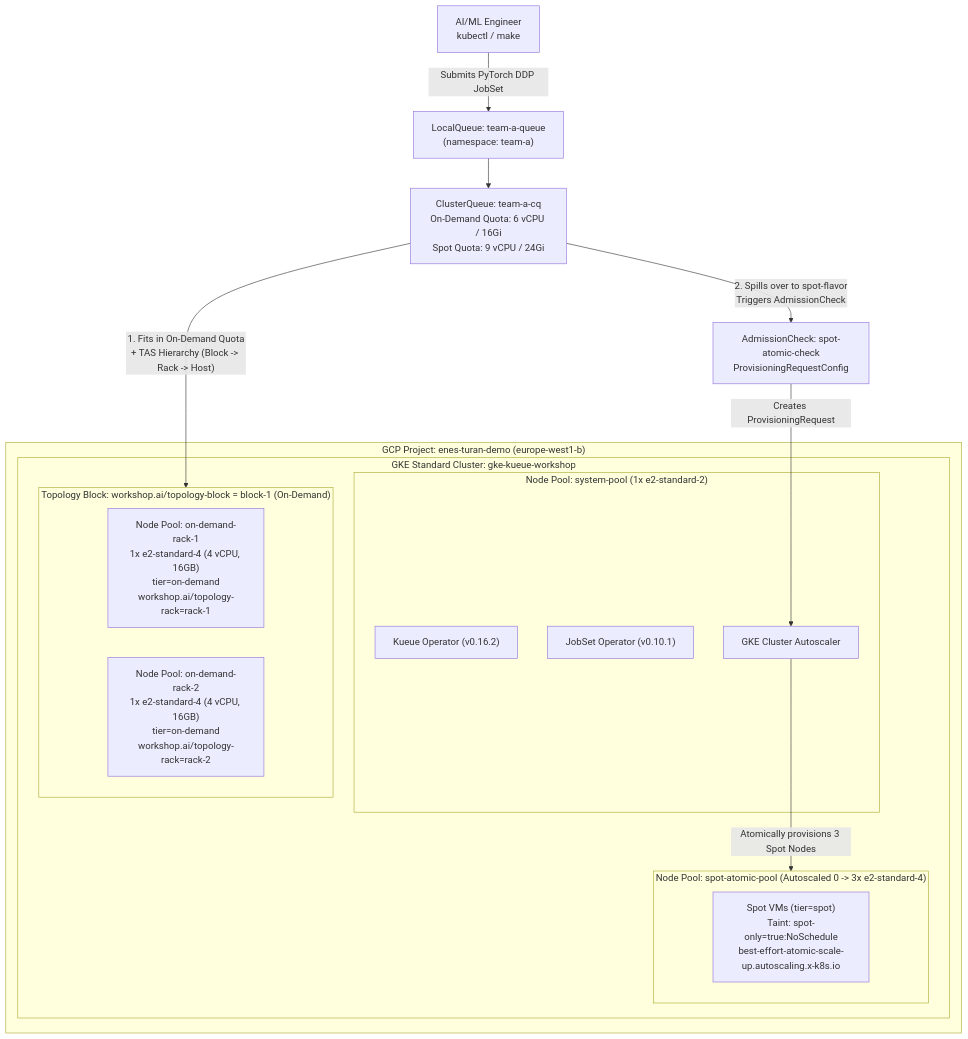
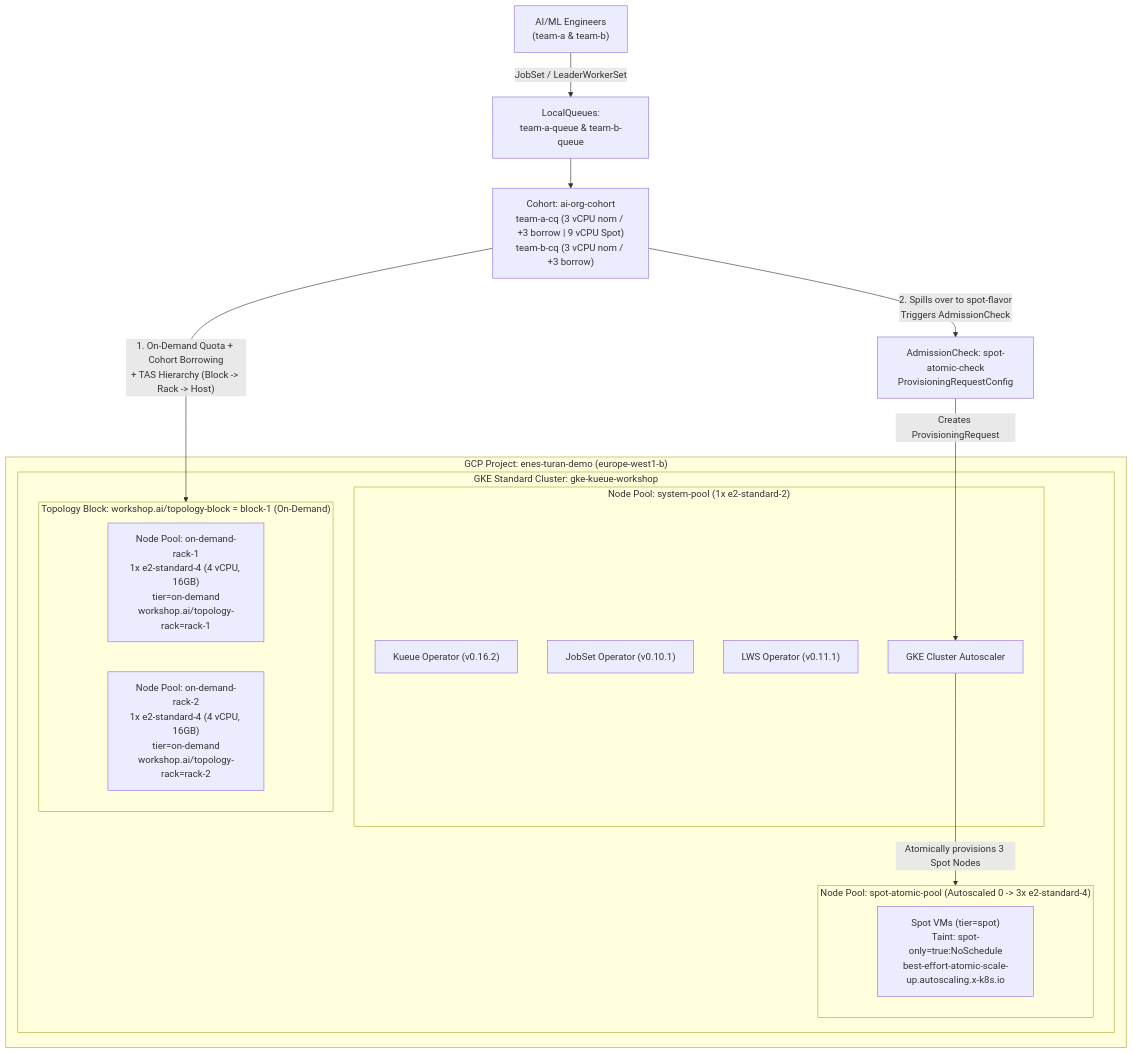
One commit to devenes/gke-kueue-ai-workshop changed the diagram in README.md. Above: the diagram before and after it, drawn with Mermaid. The commit also changed other lines of this file and 5 other files, not shown here.

First line of the commit message:
docs: document multi-team cohort reclamation and LeaderWorkerSet cross-PodSet TAS labs

````diff
--- a/README.md
+++ b/README.md
@@ -34,28 +34,29 @@
 ```mermaid
 flowchart TB
     subgraph GCP["GCP Project: enes-turan-demo (europe-west1-b)"]
         subgraph GKE["GKE Standard Cluster: gke-kueue-workshop"]
             subgraph SYS["Node Pool: system-pool (1x e2-standard-2)"]
                 KUEUE["Kueue Operator (v0.16.2)"]
                 JOBSET["JobSet Operator (v0.10.1)"]
+                LWS["LWS Operator (v0.11.1)"]
                 CA["GKE Cluster Autoscaler"]
             end
 
             subgraph BLOCK1["Topology Block: workshop.ai/topology-block = block-1 (On-Demand)"]
                 RACK1["Node Pool: on-demand-rack-1\n1x e2-standard-4 (4 vCPU, 16GB)\ntier=on-demand\nworkshop.ai/topology-rack=rack-1"]
                 RACK2["Node Pool: on-demand-rack-2\n1x e2-standard-4 (4 vCPU, 16GB)\ntier=on-demand\nworkshop.ai/topology-rack=rack-2"]
             end
 
             subgraph SPOT["Node Pool: spot-atomic-pool (Autoscaled 0 -> 3x e2-standard-4)"]
                 SPOTNODES["Spot VMs (tier=spot)\nTaint: spot-only=true:NoSchedule\nbest-effort-atomic-scale-up.autoscaling.x-k8s.io"]
             end
         end
     end
 
-    USER["AI/ML Engineer\nkubectl / make"] -->|"Submits PyTorch DDP JobSet"| LQ["LocalQueue: team-a-queue\n(namespace: team-a)"]
-    LQ --> CQ["ClusterQueue: team-a-cq\nOn-Demand Quota: 6 vCPU / 16Gi\nSpot Quota: 9 vCPU / 24Gi"]
-    CQ -->|"1. Fits in On-Demand Quota\n+ TAS Hierarchy (Block -> Rack -> Host)"| BLOCK1
+    USER["AI/ML Engineers\n(team-a & team-b)"] -->|"JobSet / LeaderWorkerSet"| LQ["LocalQueues:\nteam-a-queue & team-b-queue"]
+    LQ --> CQ["Cohort: ai-org-cohort\nteam-a-cq (3 vCPU nom / +3 borrow | 9 vCPU Spot)\nteam-b-cq (3 vCPU nom / +3 borrow)"]
+    CQ -->|"1. On-Demand Quota + Cohort Borrowing\n+ TAS Hierarchy (Block -> Rack -> Host)"| BLOCK1
     CQ -->|"2. Spills over to spot-flavor\nTriggers AdmissionCheck"| AC["AdmissionCheck: spot-atomic-check\nProvisioningRequestConfig"]
     AC -->|"Creates ProvisioningRequest"| CA
     CA -->|"Atomically provisions 3 Spot Nodes"| SPOT
 ```
````
